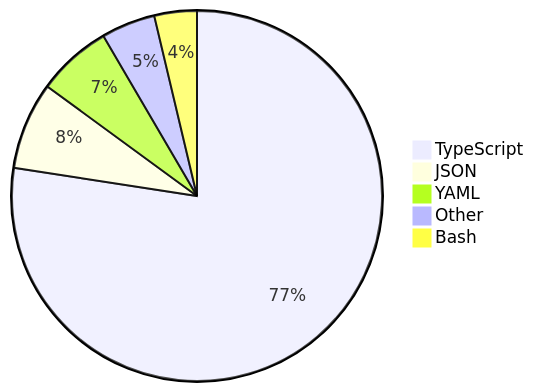
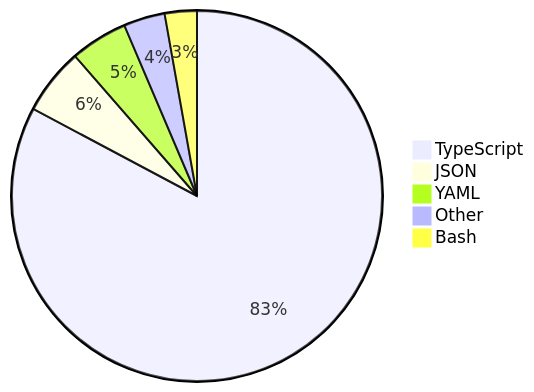
Before and after one commit to skvggor/skvggor: the diagram in README.md, drawn with Mermaid.

Commit message:
Updated waka-readme graph with new metrics

````diff
--- a/README.md
+++ b/README.md
@@ -14,8 +14,8 @@
 ```mermaid
 pie
-    "TypeScript" : 77.2
-    "JSON" : 7.6
-    "YAML" : 6.5
-    "Other" : 4.7
-    "Bash" : 3.7
+    "TypeScript" : 82.7
+    "JSON" : 5.8
+    "YAML" : 5.0
+    "Other" : 3.6
+    "Bash" : 2.8
 ```
````
